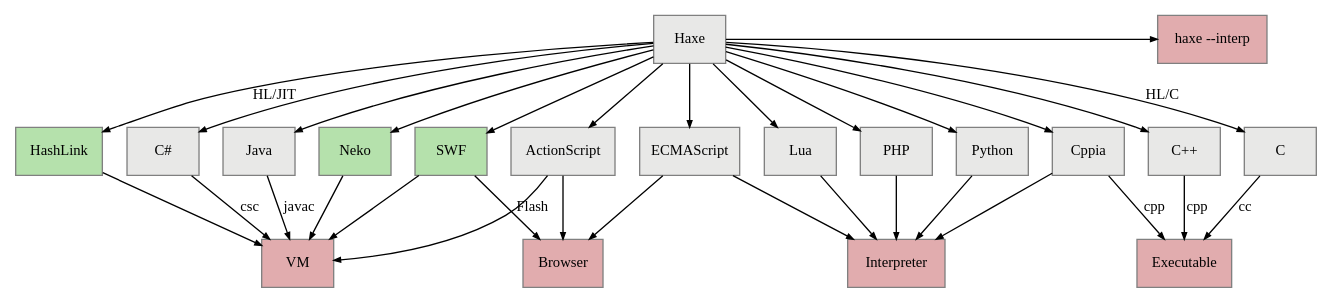
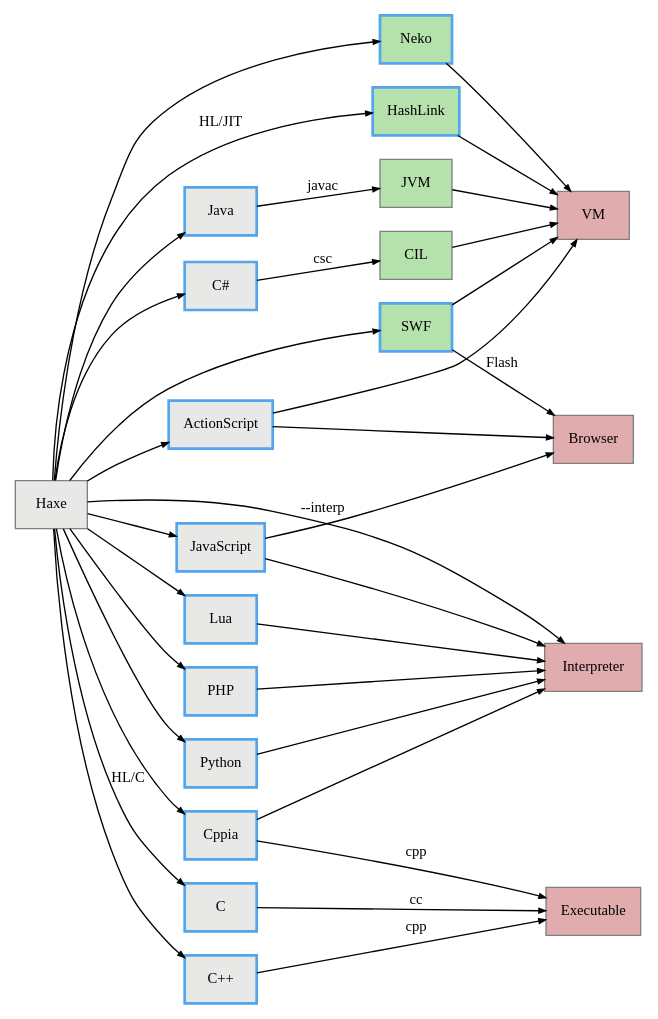
Before and after one commit to HaxeFoundation/haxe.org: the diagram in pages/documentation/introduction/haxe-targets.gv, drawn with Graphviz. The commit also changed 2 other files, not shown here.

Commit message:
Updated compiler target diagram. Made it left-to-right.

```diff
--- a/pages/documentation/introduction/haxe-targets.gv
+++ b/pages/documentation/introduction/haxe-targets.gv
@@ -1,59 +1,76 @@
-/* Haxe toolchain */
 digraph G {
-    graph     [fontname = "clearsans"];
+    graph     [fontname = "clearsans"; rankdir="LR"];
     node      [shape=box; style=filled; fillcolor="#E8E8E7";
                color=gray; fontsize=11; fontname = "clearsans"];
     edge      [arrowsize=0.5; fontsize=11; fontname = "clearsans"];
 
-    Neko     [style=filled; fillcolor="#B5E1AC";]
-    HashLink [style=filled; fillcolor="#B5E1AC";]
-    SWF      [style=filled; fillcolor="#B5E1AC";]
+    // ByteCode
+    Neko     [fillcolor="#B5E1AC"];
+    HashLink [fillcolor="#B5E1AC"];
+    SWF      [fillcolor="#B5E1AC"];
+    JVM      [fillcolor="#B5E1AC"];
+    CIL      [fillcolor="#B5E1AC"];
 
-    Interp   [style=filled; fillcolor="#E1ACAE";
-              label = "haxe --interp";]
+    // Haxe Generates these
+    ActionScript    [color="#53A5EC"; penwidth=2];
+    C               [color="#53A5EC"; penwidth=2];
+    "C++"           [color="#53A5EC"; penwidth=2];
+    "C#"            [color="#53A5EC"; penwidth=2];
+    Cppia           [color="#53A5EC"; penwidth=2];
+    JavaScript      [color="#53A5EC"; penwidth=2];
+    HashLink        [color="#53A5EC"; penwidth=2];
+    Java            [color="#53A5EC"; penwidth=2];
+    Lua             [color="#53A5EC"; penwidth=2];
+    Neko            [color="#53A5EC"; penwidth=2];
+    PHP             [color="#53A5EC"; penwidth=2];
+    Python          [color="#53A5EC"; penwidth=2];
+    SWF             [color="#53A5EC"; penwidth=2];
 
-    VM          [style=filled; fillcolor="#E1ACAE"];
-    Executable  [style=filled; fillcolor="#E1ACAE"];
-    Browser     [style=filled; fillcolor="#E1ACAE"];
-    Interpreter [style=filled; fillcolor="#E1ACAE"];
+    //
+    VM          [fillcolor="#E1ACAE"];
+    Executable  [fillcolor="#E1ACAE"];
+    Browser     [fillcolor="#E1ACAE"];
+    Interpreter [fillcolor="#E1ACAE"];
 
-    {rank=same; Haxe; Interp;}
-    {rank=same; ActionScript; C; "C++"; Cppia; "C#"; ECMAScript;
+    {rank=same; Haxe;}
+    {rank=same; ActionScript; C; "C++"; Cppia; "C#"; JavaScript;
                 Java; Lua; PHP; Python;}
-    {rank=same; Neko; HashLink; SWF;}
+    {rank=same; Neko; HashLink; SWF; JVM; CIL;}
     {rank=same; Browser; Executable; Interpreter; VM;}
 
     Haxe -> ActionScript;
     Haxe -> C [label="HL/C"];
     Haxe -> "C++";
     Haxe -> Cppia;
     Haxe -> "C#";
-    Haxe -> ECMAScript;
+    Haxe -> JavaScript;
     Haxe -> HashLink [label="HL/JIT"];
     Haxe -> Java;
     Haxe -> Lua;
     Haxe -> Neko;
     Haxe -> PHP;
     Haxe -> Python;
     Haxe -> SWF;
-    Haxe -> Interp [minlen=9.0];
+    Haxe -> Interpreter [label="--interp"];
 
     C -> Executable [label="cc"];
     PHP -> Interpreter;
-    ECMAScript -> Interpreter;
-    ECMAScript -> Browser;
-    Java -> VM [label="javac"];
+    JavaScript -> Interpreter;
+    JavaScript -> Browser;
+    Java -> JVM [label="javac"]
+    JVM -> VM;
     Neko -> VM;
     ActionScript -> VM;
     ActionScript -> Browser;
     SWF -> VM;
     SWF -> Browser [label="Flash"];
 
     Lua -> Interpreter;
     "C++" -> Executable [label="cpp"];
     Cppia -> Executable [label="cpp"];
     Cppia -> Interpreter;
-    "C#" -> VM [label="csc"];
+    "C#" -> CIL [label="csc"];
+    CIL -> VM;
     Python -> Interpreter;
     HashLink -> VM;
 }
```
